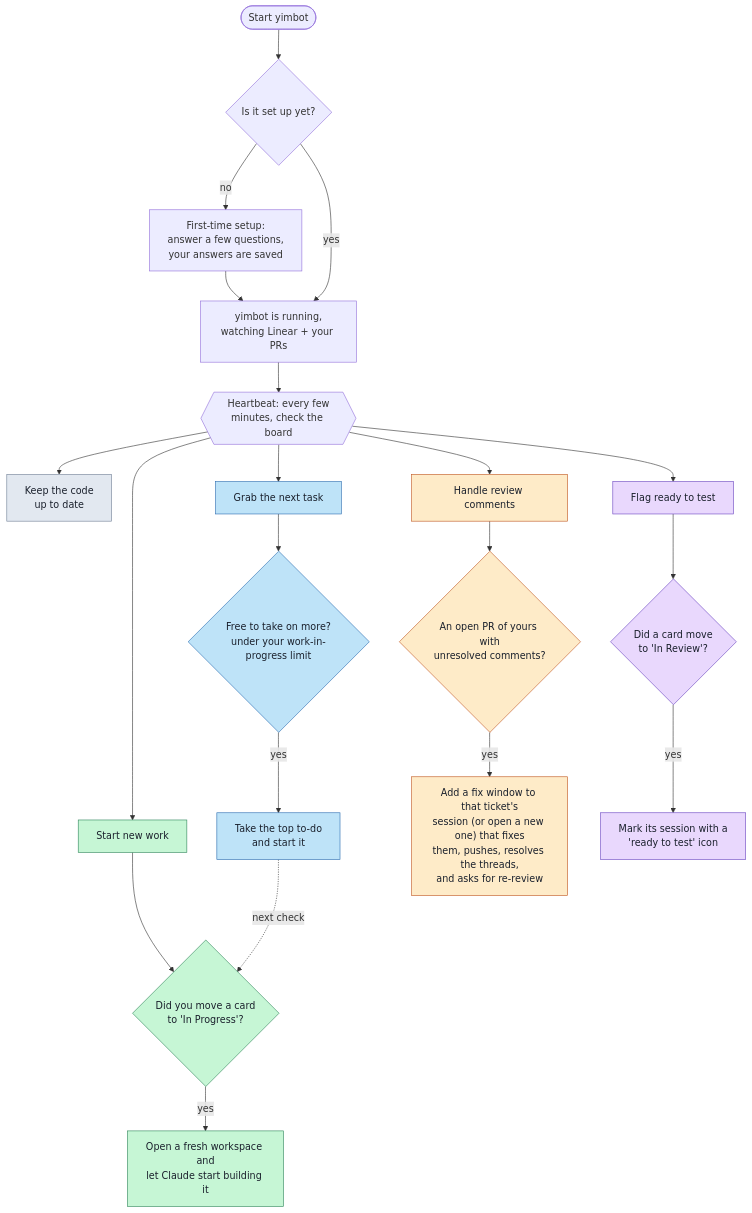
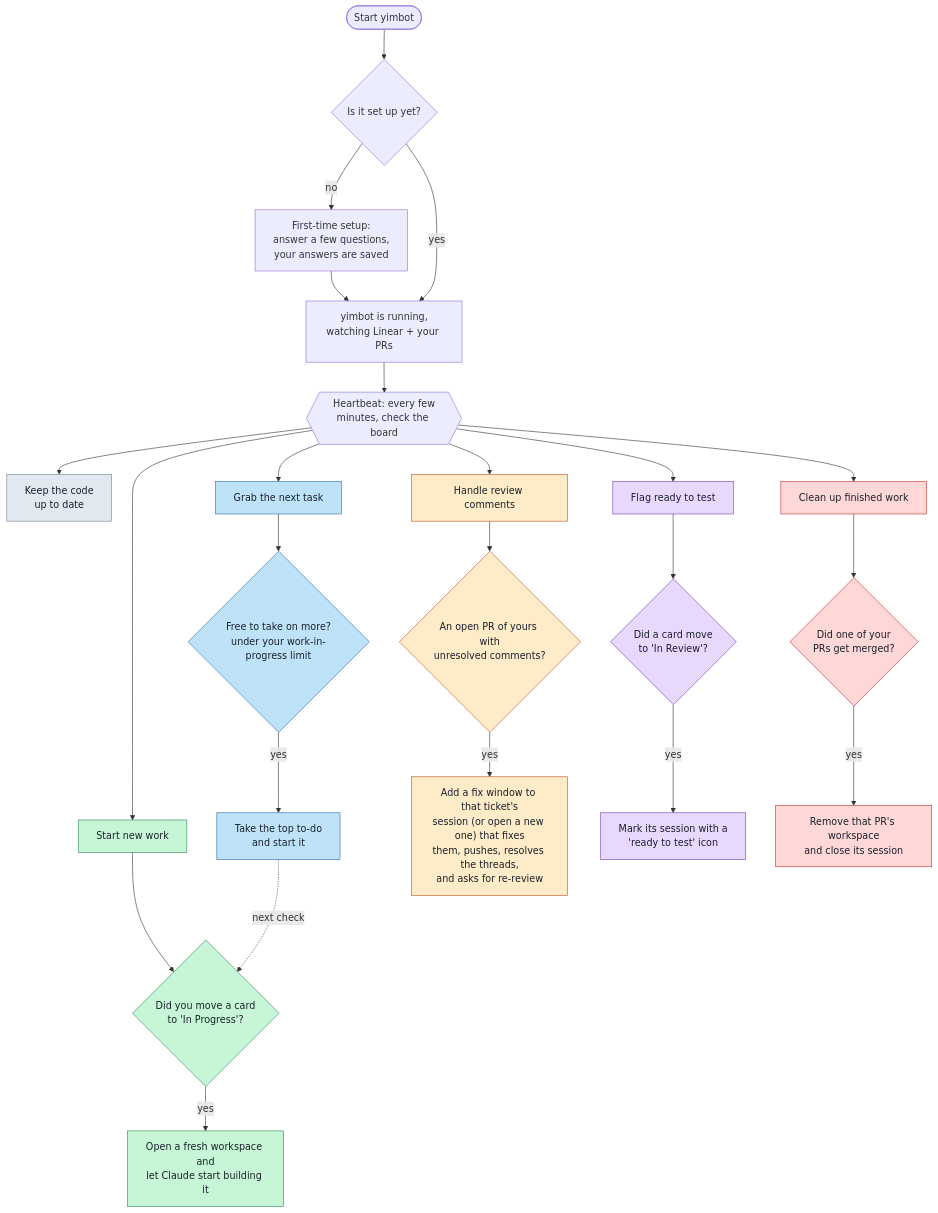
Before and after one commit to YiminArava4508/yimbot: the diagram in README.md, drawn with Mermaid. The commit also changed other lines of this file and 12 other files, not shown here.

First line of the commit message:
feat(cleanup): tear down merged PRs' worktrees each heartbeat

````diff
--- a/README.md
+++ b/README.md
@@ -24,39 +24,45 @@
 ```mermaid
 flowchart TD
     A(["Start yimbot"]) --> B{"Is it set up yet?"}
     B -- no --> W["First-time setup:<br/>answer a few questions,<br/>your answers are saved"]
     W --> C["yimbot is running,<br/>watching Linear + your PRs"]
     B -- yes --> C
 
     C --> P{{"Heartbeat: every few<br/>minutes, check the board"}}
 
     P --> S["Keep the code<br/>up to date"]
 
     P --> G1["Start new work"]
     G1 --> T1{"Did you move a card<br/>to 'In Progress'?"}
     T1 -- yes --> L["Open a fresh workspace and<br/>let Claude start building it"]
 
     P --> G2["Grab the next task"]
     G2 --> PK{"Free to take on more?<br/>under your work-in-progress limit"}
     PK -- yes --> M["Take the top to-do<br/>and start it"]
     M -.->|next check| T1
 
     P --> G3["Handle review comments"]
     G3 --> T2{"An open PR of yours with<br/>unresolved comments?"}
     T2 -- yes --> R["Add a fix window to that ticket's<br/>session (or open a new one) that fixes<br/>them, pushes, resolves the threads,<br/>and asks for re-review"]
 
     P --> G4["Flag ready to test"]
     G4 --> T3{"Did a card move<br/>to 'In Review'?"}
     T3 -- yes --> F["Mark its session with a<br/>'ready to test' icon"]
 
+    P --> G5["Clean up finished work"]
+    G5 --> T4{"Did one of your<br/>PRs get merged?"}
+    T4 -- yes --> CU["Remove that PR's workspace<br/>and close its session"]
+
     classDef deploy fill:#c6f6d5,stroke:#2f855a,color:#1a202c;
     classDef claim fill:#bee3f8,stroke:#2b6cb0,color:#1a202c;
     classDef review fill:#feebc8,stroke:#c05621,color:#1a202c;
     classDef ready fill:#e9d8fd,stroke:#6b46c1,color:#1a202c;
+    classDef cleanup fill:#fed7d7,stroke:#c53030,color:#1a202c;
     classDef sync fill:#e2e8f0,stroke:#718096,color:#1a202c;
     class G1,T1,L deploy;
     class G2,PK,M claim;
     class G3,T2,R review;
     class G4,T3,F ready;
+    class G5,T4,CU cleanup;
     class S sync;
 ```
````
